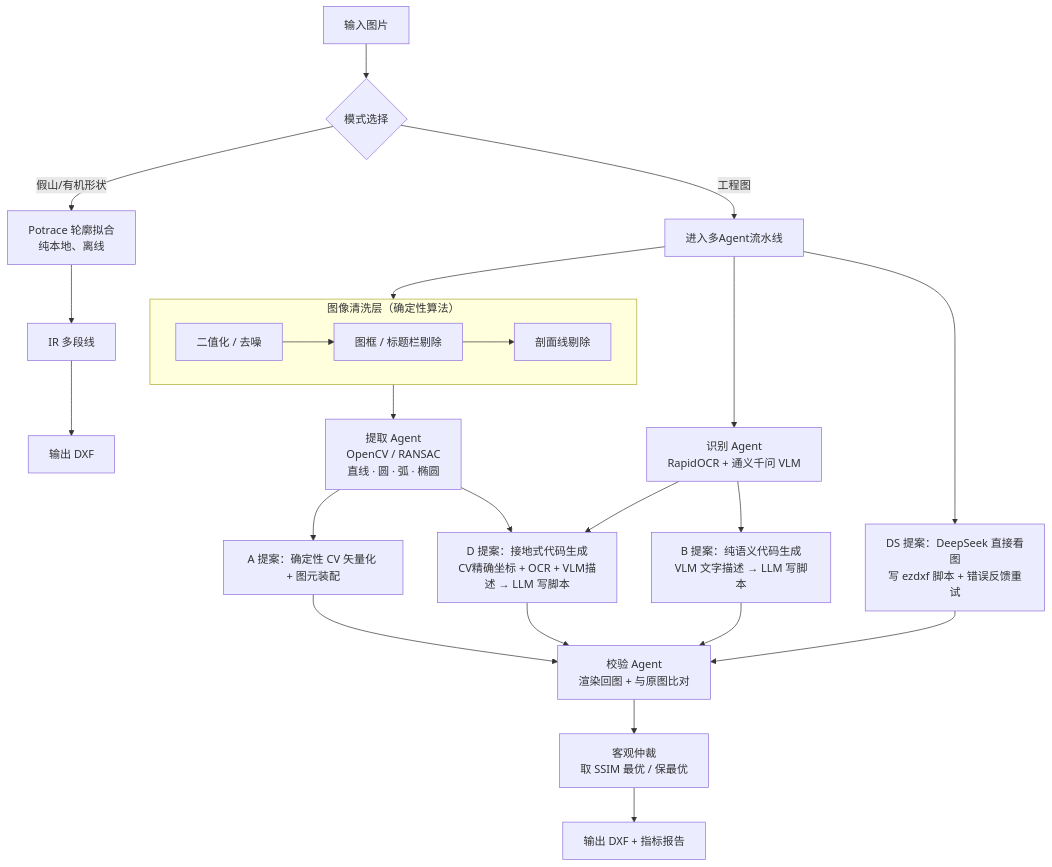
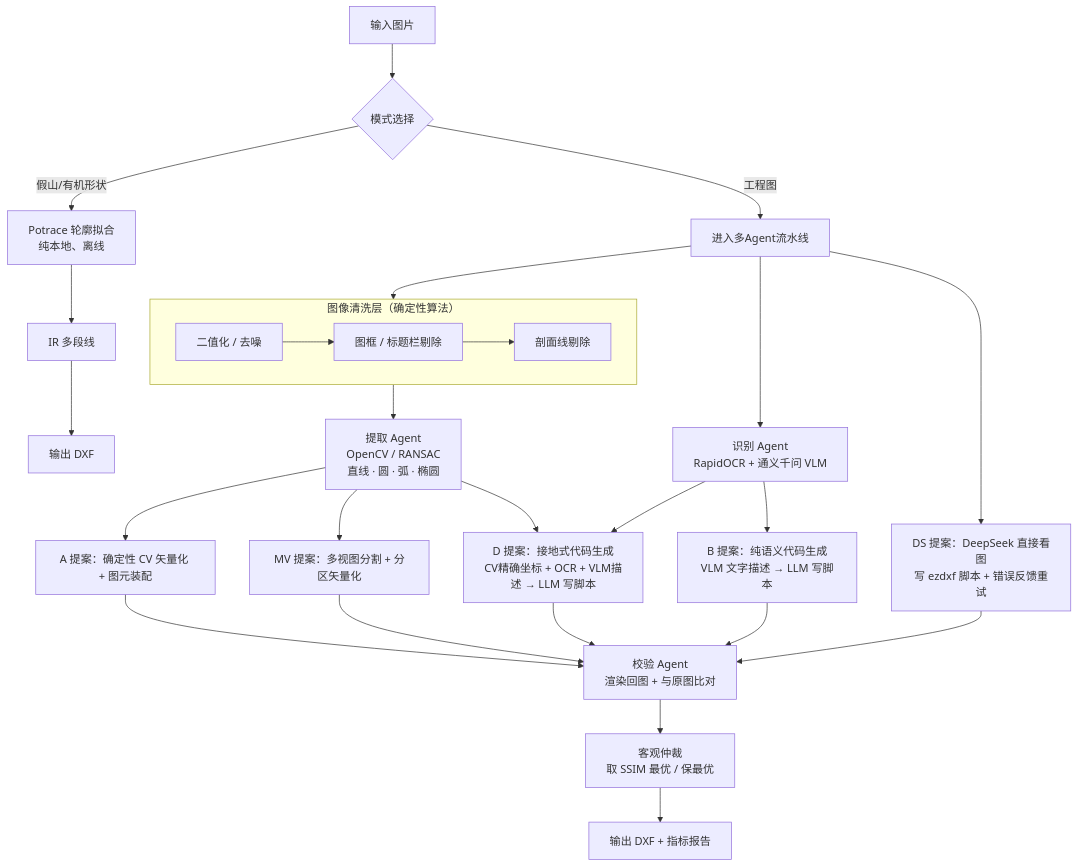
One commit to d651vfzdgvsc2/sketch2cad changed the diagram in README.md. Above: the diagram before and after it, drawn with Mermaid. The commit also changed other lines of this file and 10 other files, not shown here.

````diff
--- a/README.md
+++ b/README.md
@@ -52,29 +52,31 @@
 ```mermaid
 flowchart TB
   INPUT[输入图片] --> MODE{模式选择}
   MODE -->|假山/有机形状| POT[Potrace 轮廓拟合<br/>纯本地、离线]
   POT --> PIR[IR 多段线] --> OUT2[输出 DXF]
   MODE -->|工程图| IMG[进入多Agent流水线]
   IMG --> CLN
 
   subgraph CLN[图像清洗层（确定性算法）]
     C1[二值化 / 去噪] --> C2[图框 / 标题栏剔除] --> C3[剖面线剔除]
   end
 
   IMG --> REC[识别 Agent<br/>RapidOCR + 通义千问 VLM]
   CLN --> VEC[提取 Agent<br/>OpenCV / RANSAC<br/>直线 · 圆 · 弧 · 椭圆]
 
   VEC --> PA[A 提案：确定性 CV 矢量化 + 图元装配]
+  VEC --> PMV[MV 提案：多视图分割 + 分区矢量化]
   VEC --> PD[D 提案：接地式代码生成<br/>CV精确坐标 + OCR + VLM描述 → LLM 写脚本]
   REC --> PD
   REC --> PB[B 提案：纯语义代码生成<br/>VLM 文字描述 → LLM 写脚本]
   IMG --> PDS[DS 提案：DeepSeek 直接看图<br/>写 ezdxf 脚本 + 错误反馈重试]
 
   PA --> VER[校验 Agent<br/>渲染回图 + 与原图比对]
+  PMV --> VER
   PD --> VER
   PB --> VER
   PDS --> VER
 
   VER --> ARB[客观仲裁<br/>取 SSIM 最优 / 保最优]
   ARB --> OUT[输出 DXF + 指标报告]
 ```
````
